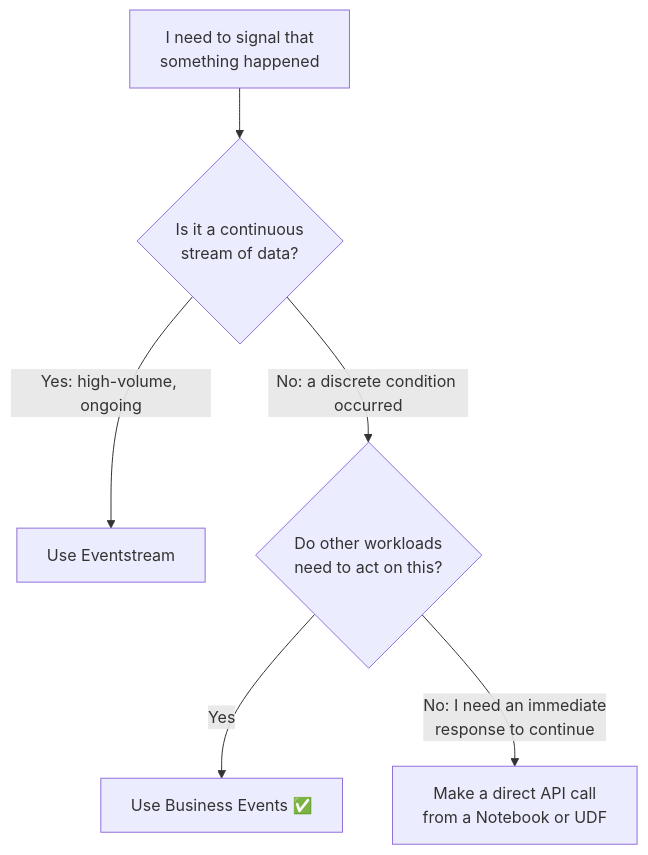
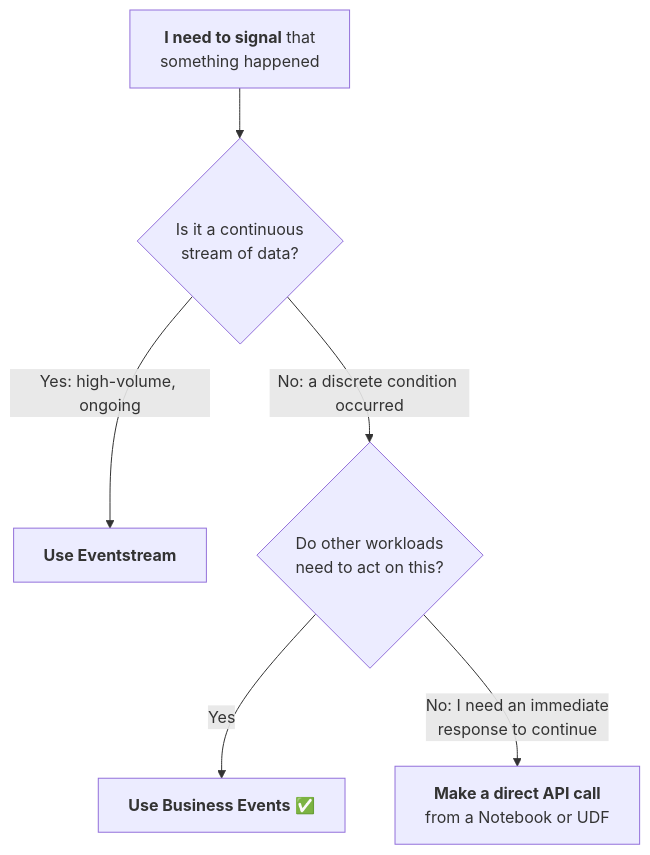
One commit to microsoft/fabric-events changed the diagram in docs/business-events/introduction/decision-guide.md. Above: the diagram before and after it, drawn with Mermaid. The commit also changed other lines of this file and 225 other files, not shown here.

First line of the commit message:
Publish public Business Events scenarios and refreshed documentation

````diff
--- a/docs/business-events/introduction/decision-guide.md
+++ b/docs/business-events/introduction/decision-guide.md
@@ -16,8 +16,15 @@
 ```mermaid
-flowchart TD
-    A[I need to signal that\nsomething happened] --> B{Is it a continuous\nstream of data?}
-    B -->|Yes: high-volume, ongoing| Z1[Use Eventstream]
-    B -->|No: a discrete condition occurred| C{Do other workloads\nneed to act on this?}
-    C -->|Yes| E[Use Business Events ✅]
-    C -->|No: I need an immediate\nresponse to continue| Z2[Make a direct API call\nfrom a Notebook or UDF]
+flowchart TB
+    A["<b>I need to signal</b> that<br/>something happened"]
+    B{"Is it a continuous<br/>stream of data?"}
+    Z1["<b>Use Eventstream</b>"]
+    C{"Do other workloads<br/>need to act on this?"}
+    E["<b>Use Business Events</b> ✅"]
+    Z2["<b>Make a direct API call</b><br/>from a Notebook or UDF"]
+
+    A --> B
+    B -->|"Yes: high-volume, ongoing"| Z1
+    B -->|"No: a discrete condition occurred"| C
+    C -->|"Yes"| E
+    C -->|"No: I need an immediate<br/>response to continue"| Z2
 ```
````
